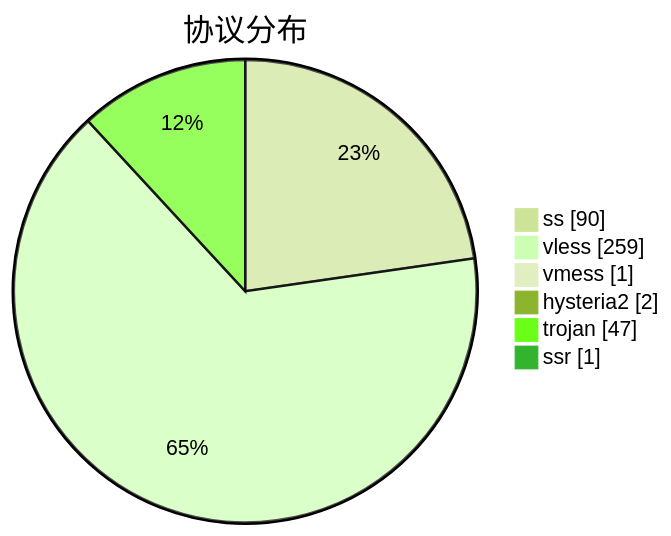
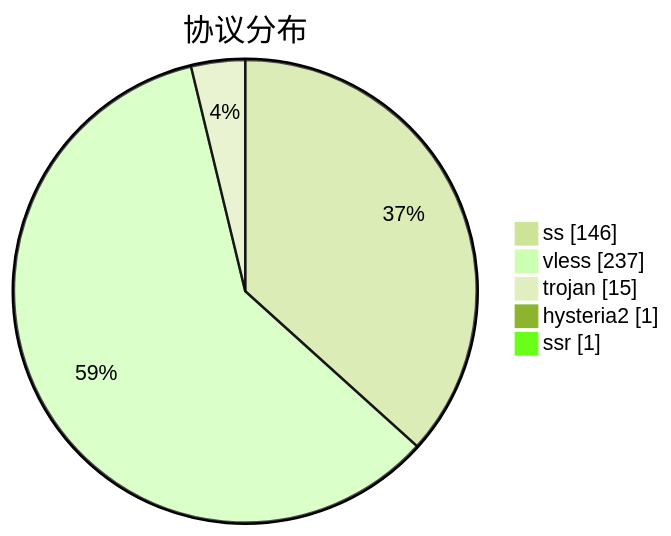
Before and after one commit to qjlxg/airport: the third of 3 diagrams in subs/statistics/tested_within.md, drawn with Mermaid (forest theme). The commit also changed other lines of this file and 2 other files, not shown here.

````diff
--- a/subs/statistics/tested_within.md
+++ b/subs/statistics/tested_within.md
@@ -41,10 +35,9 @@
 ```mermaid
 pie showData
 title 协议分布
-"ss" : 90
-"vless" : 259
-"vmess" : 1
-"hysteria2" : 2
-"trojan" : 47
+"ss" : 146
+"vless" : 237
+"trojan" : 15
+"hysteria2" : 1
 "ssr" : 1
 ```
````
